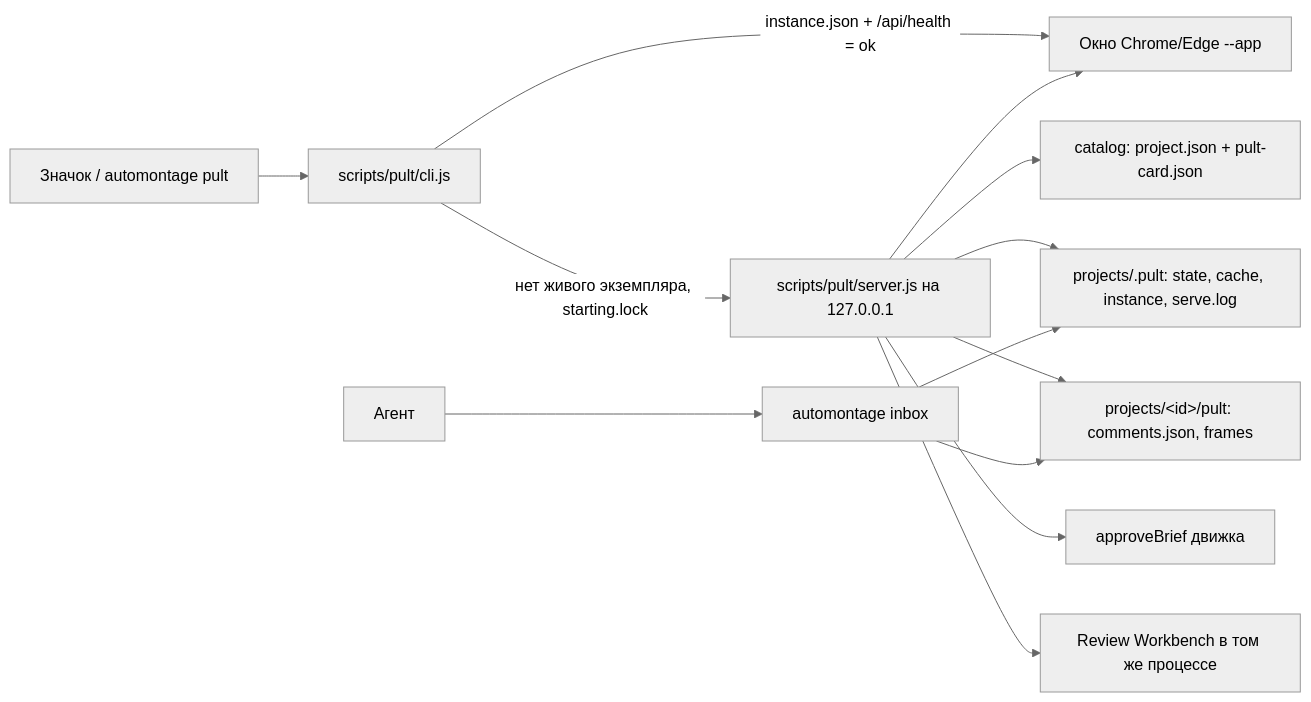
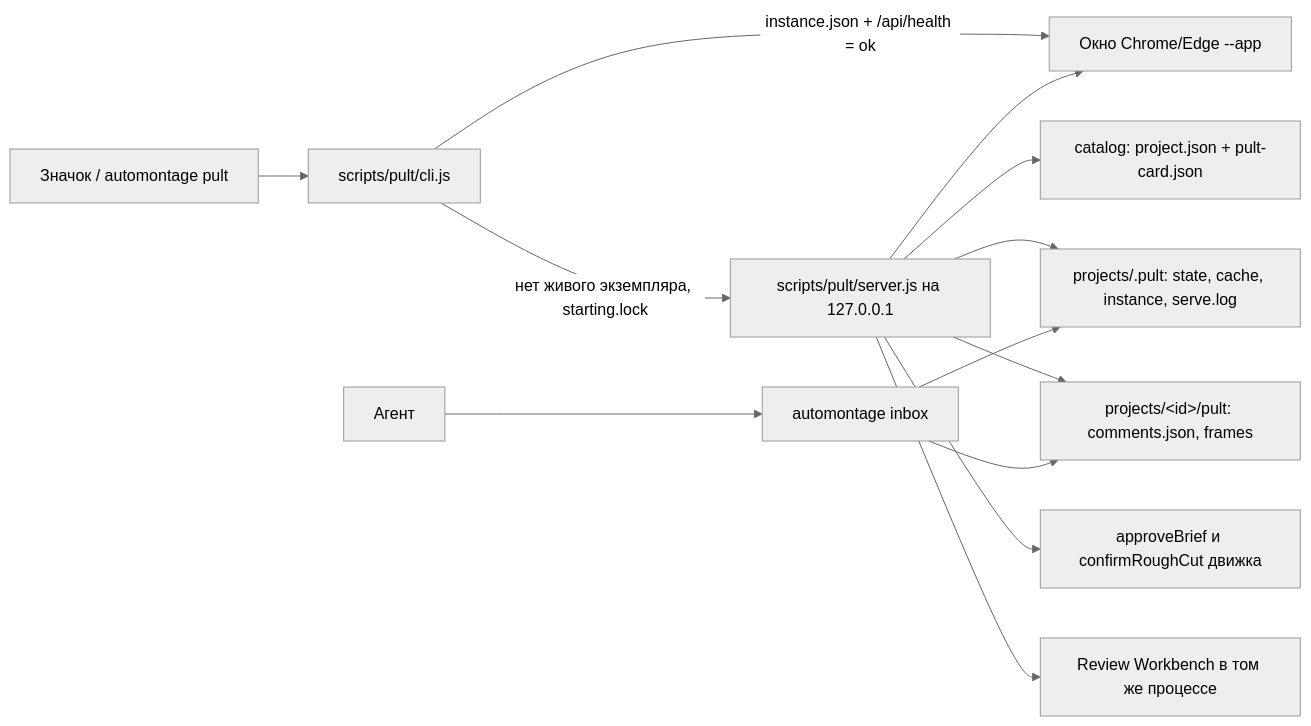
The fourth of 5 diagrams in ARCHITECTURE.md (mcdenil-skills/AutoMontage-Agent), drawn with Mermaid (neutral theme) before and after one commit. The commit also changed other lines of this file and 2 other files, not shown here.

First line of the commit message:
feat(pult): confirm the rough cut with a ticket bound to the watched file

````diff
--- a/ARCHITECTURE.md
+++ b/ARCHITECTURE.md
@@ -689,14 +690,14 @@
 ```mermaid
 flowchart LR
   I["Значок / automontage pult"] --> L["scripts/pult/cli.js"]
   L -->|instance.json + /api/health = ok| W
   L -->|нет живого экземпляра, starting.lock| S["scripts/pult/server.js на 127.0.0.1"]
   S --> W["Окно Chrome/Edge --app"]
   S --> C["catalog: project.json + pult-card.json"]
   S --> K["projects/.pult: state, cache, instance, serve.log"]
   S --> M["projects/&lt;id&gt;/pult: comments.json, frames"]
-  S --> B["approveBrief движка"]
+  S --> B["approveBrief и confirmRoughCut движка"]
   S --> R["Review Workbench в том же процессе"]
   A["Агент"] --> X["automontage inbox"] --> M
   X --> K
 ```
````
